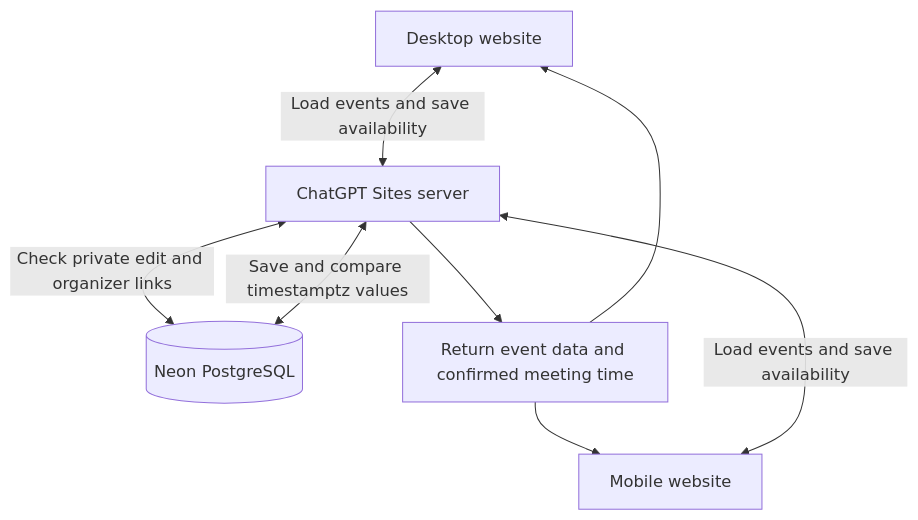
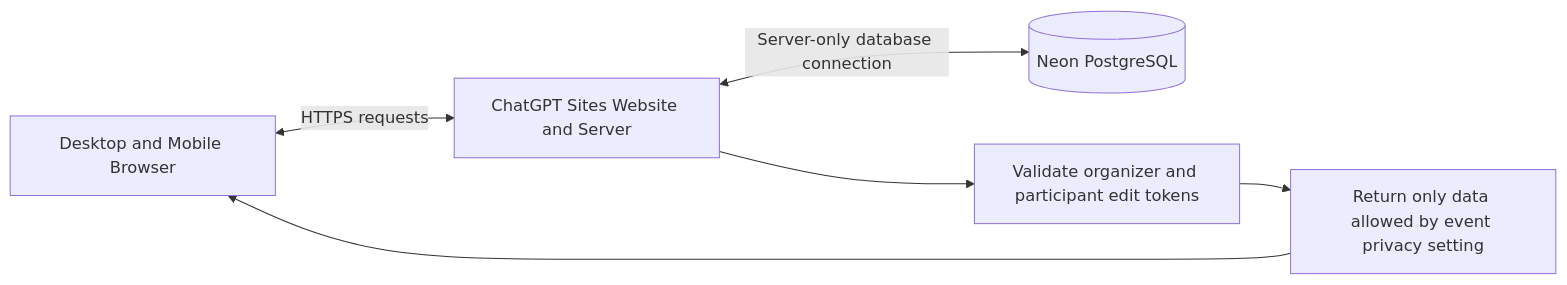
One commit to jimmy181211/whenkin changed the second of 3 diagrams in docs/flowchart.md. Above: the diagram before and after it, drawn with Mermaid. The commit also changed other lines of this file and 18 other files, not shown here.

Commit message:
Add participant privacy, half-hour selection, and simpler multilingual event editing

````diff
--- a/docs/flowchart.md
+++ b/docs/flowchart.md
@@ -27,10 +26,8 @@
 ```mermaid
-flowchart TD
-    D[Desktop website] <-->|Load events and save availability| W[ChatGPT Sites server]
-    M[Mobile website] <-->|Load events and save availability| W
-    W <-->|Check private edit and organizer links| P[(Neon PostgreSQL)]
-    W <-->|Save and compare timestamptz values| P
-    W --> R[Return event data and confirmed meeting time]
-    R --> D
-    R --> M
+flowchart LR
+  D[Desktop and Mobile Browser] <-->|HTTPS requests| S[ChatGPT Sites Website and Server]
+  S <-->|Server-only database connection| N[(Neon PostgreSQL)]
+  S --> A[Validate organizer and participant edit tokens]
+  A --> P[Return only data allowed by event privacy setting]
+  P --> D
 ```
````
